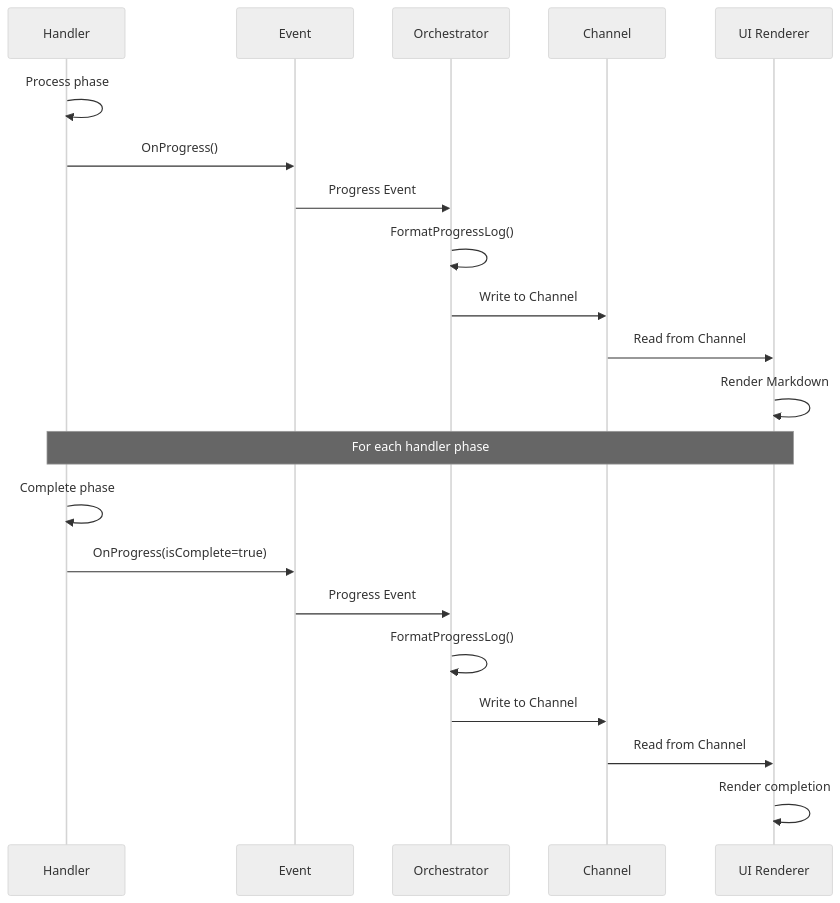
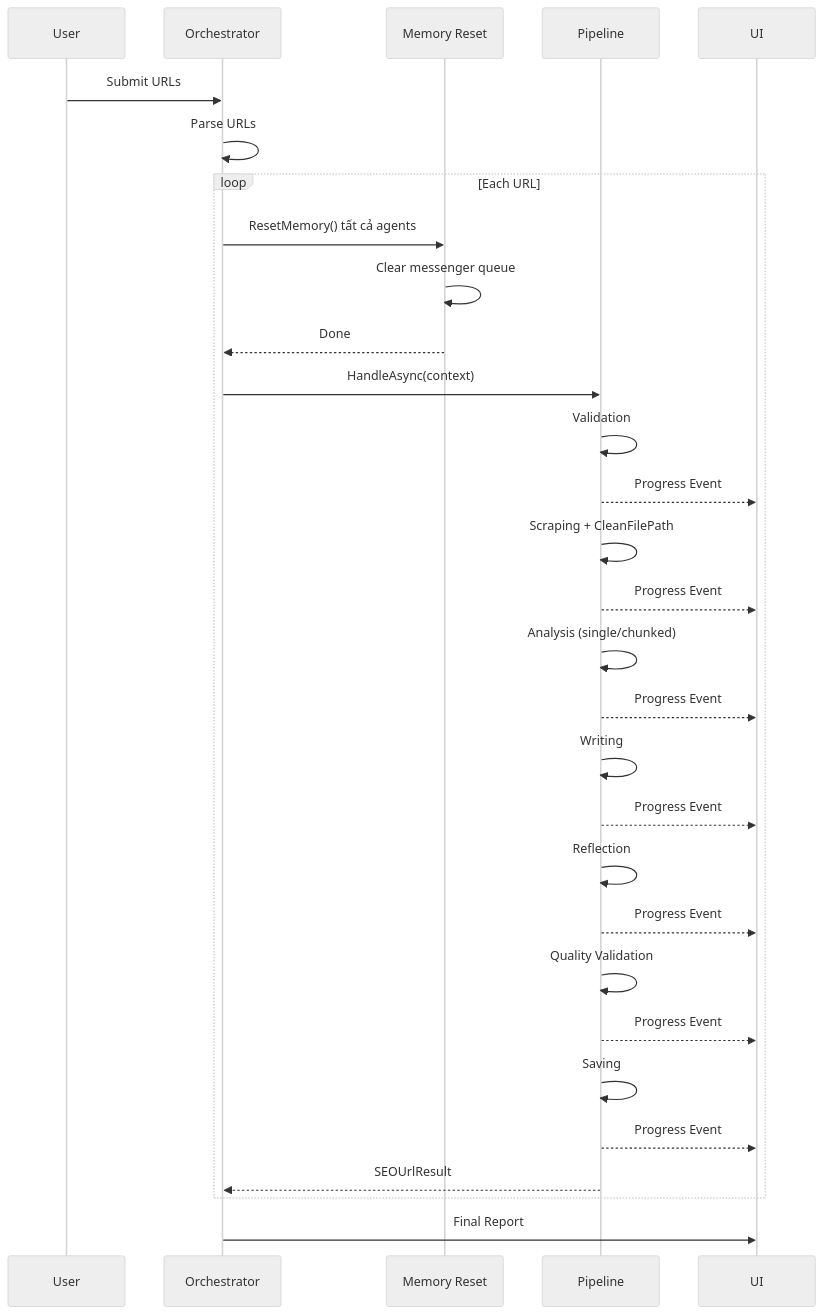
The ninth of 11 diagrams in SEO_Architecture_Design_VN.md (hoangnc/VNMLAgentFramework), drawn with Mermaid (neutral theme) before and after one commit. The commit also changed other lines of this file, not shown here.

````diff
--- a/SEO_Architecture_Design_VN.md
+++ b/SEO_Architecture_Design_VN.md
@@ -536,28 +451,36 @@
 ```mermaid
 sequenceDiagram
-    participant H as Handler
-    participant E as Event
-    participant O as Orchestrator
-    participant C as Channel
-    participant UI as UI Renderer
+    participant User
+    participant Orchestrator
+    participant Reset as Memory Reset
+    participant Pipeline
+    participant UI
 
-    H->>H: Process phase
-    H->>E: OnProgress()
-    E->>O: Progress Event
-    O->>O: FormatProgressLog()
-    O->>C: Write to Channel
-    C->>UI: Read from Channel
-    UI->>UI: Render Markdown
+    User->>Orchestrator: Submit URLs
+    Orchestrator->>Orchestrator: Parse URLs
 
-    Note over H,UI: For each handler phase
+    loop Each URL
+        Orchestrator->>Reset: ResetMemory() tất cả agents
+        Reset->>Reset: Clear messenger queue
+        Reset-->>Orchestrator: Done
 
-    H->>H: Complete phase
-    H->>E: OnProgress(isComplete=true)
-    E->>O: Progress Event
-    O->>O: FormatProgressLog()
-    O->>C: Write to Channel
-    C->>UI: Read from Channel
-    UI->>UI: Render completion
+        Orchestrator->>Pipeline: HandleAsync(context)
+        Pipeline->>Pipeline: Validation
+        Pipeline-->>UI: Progress Event
+        Pipeline->>Pipeline: Scraping + CleanFilePath
+        Pipeline-->>UI: Progress Event
+        Pipeline->>Pipeline: Analysis (single/chunked)
+        Pipeline-->>UI: Progress Event
+        Pipeline->>Pipeline: Writing
+        Pipeline-->>UI: Progress Event
+        Pipeline->>Pipeline: Reflection
+        Pipeline-->>UI: Progress Event
+        Pipeline->>Pipeline: Quality Validation
+        Pipeline-->>UI: Progress Event
+        Pipeline->>Pipeline: Saving
+        Pipeline-->>UI: Progress Event
+        Pipeline-->>Orchestrator: SEOUrlResult
+    end
 
-# 4. Component Details
+    Orchestrator->>UI: Final Report
 ```
````
